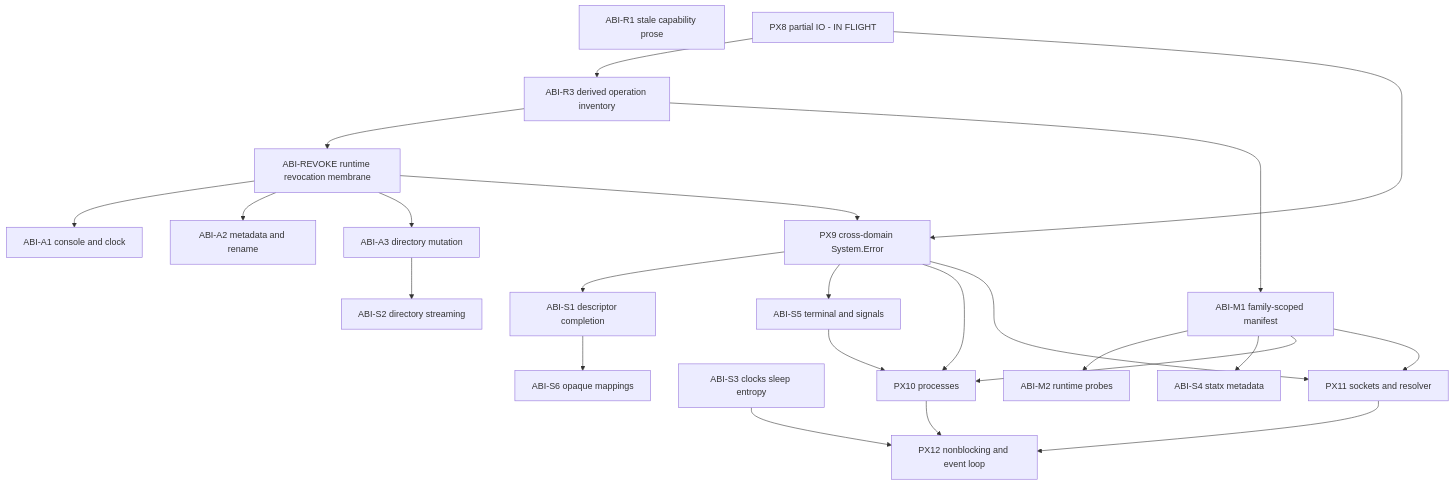
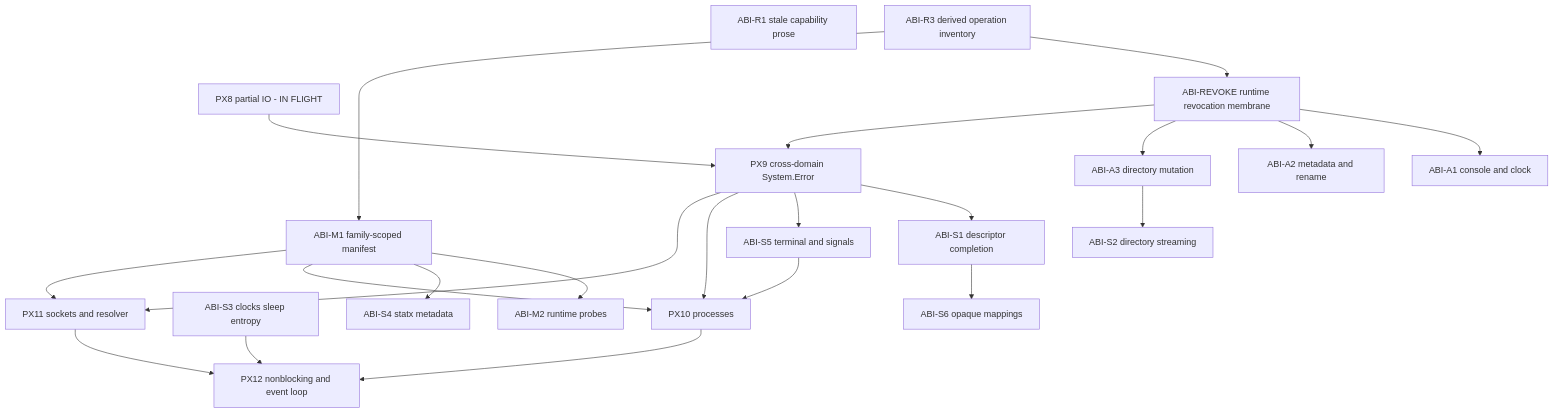
Before and after one commit to swe-toolkit/ken: the diagram in docs/program/10-linux-abi-completion.md, drawn with Mermaid. The commit also changed other lines of this file and 3 other files, not shown here.

````diff
--- a/docs/program/10-linux-abi-completion.md
+++ b/docs/program/10-linux-abi-completion.md
@@ -202,45 +202,44 @@
 ```mermaid
 flowchart TD
     ABI_R1[ABI-R1 stale capability prose]
     ABI_R3[ABI-R3 derived operation inventory]
     ABI_A1[ABI-A1 console and clock]
     ABI_A2[ABI-A2 metadata and rename]
     ABI_A3[ABI-A3 directory mutation]
     ABI_M1[ABI-M1 family-scoped manifest]
     ABI_M2[ABI-M2 runtime probes]
     PX8[PX8 partial IO - IN FLIGHT]
     PX9[PX9 cross-domain System.Error]
     ABI_S1[ABI-S1 descriptor completion]
     ABI_S2[ABI-S2 directory streaming]
     ABI_S3[ABI-S3 clocks sleep entropy]
     ABI_S4[ABI-S4 statx metadata]
     ABI_S5[ABI-S5 terminal and signals]
     ABI_S6[ABI-S6 opaque mappings]
     PX10[PX10 processes]
     PX11[PX11 sockets and resolver]
     PX12[PX12 nonblocking and event loop]
     ABI_REVOKE[ABI-REVOKE runtime revocation membrane]
 
-    PX8 --> ABI_R3
     ABI_R3 --> ABI_REVOKE
     ABI_REVOKE --> ABI_A1
     ABI_REVOKE --> ABI_A2
     ABI_REVOKE --> ABI_A3
     ABI_REVOKE --> PX9
     ABI_R3 --> ABI_M1
     ABI_M1 --> ABI_M2
     PX8 --> PX9
     PX9 --> ABI_S1
     ABI_A3 --> ABI_S2
     PX9 --> ABI_S5
     ABI_M1 --> ABI_S4
     ABI_S1 --> ABI_S6
     PX9 --> PX10
     ABI_M1 --> PX10
     ABI_S5 --> PX10
     PX9 --> PX11
     ABI_M1 --> PX11
     PX10 --> PX12
     PX11 --> PX12
     ABI_S3 --> PX12
 ```
````
